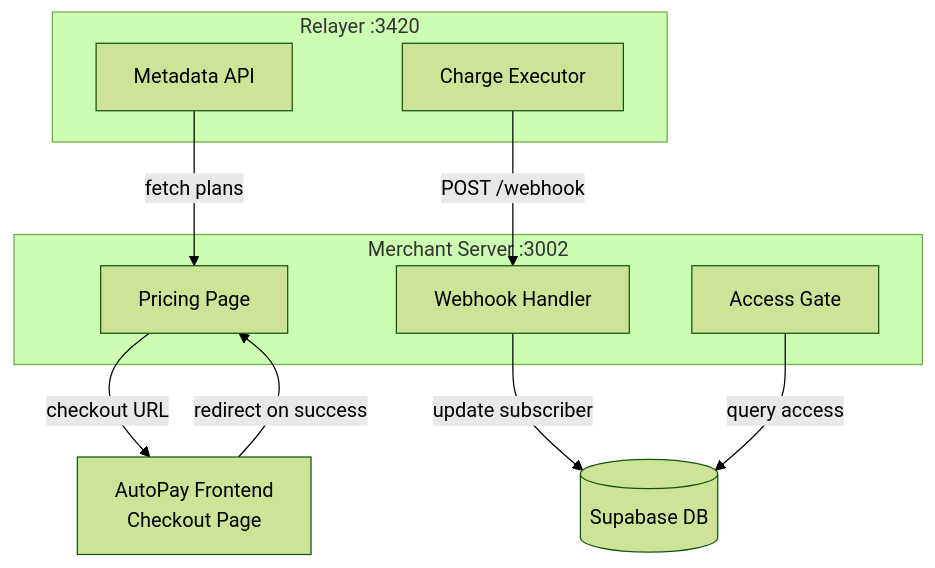
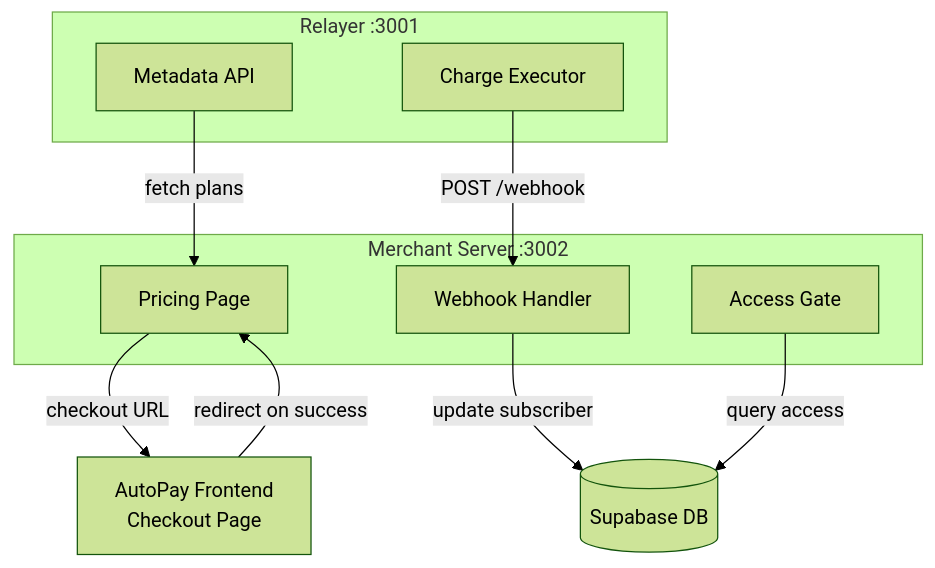
One commit to apeoverflow/Auto-Pay-Protocol changed the first of 4 diagrams in documentation/merchant-checkout-example.md. Above: the diagram before and after it, drawn with Mermaid (forest theme). The commit also changed other lines of this file and 40 other files, not shown here.

````diff
--- a/documentation/merchant-checkout-example.md
+++ b/documentation/merchant-checkout-example.md
@@ -13,23 +13,23 @@
 ```mermaid
 graph TD
-    subgraph Relayer["Relayer :3420"]
+    subgraph Relayer["Relayer :3001"]
         G[Metadata API]
         F[Charge Executor]
     end
 
     subgraph Merchant["Merchant Server :3002"]
         B[Webhook Handler]
         C[Access Gate]
         A[Pricing Page]
     end
 
     D[(Supabase DB)]
     E["AutoPay Frontend<br/>Checkout Page"]
 
     G -- "fetch plans" --> A
     A -- "checkout URL" --> E
     E -- "redirect on success" --> A
     F -- "POST /webhook" --> B
     B -- "update subscriber" --> D
     C -- "query access" --> D
 ```
````
